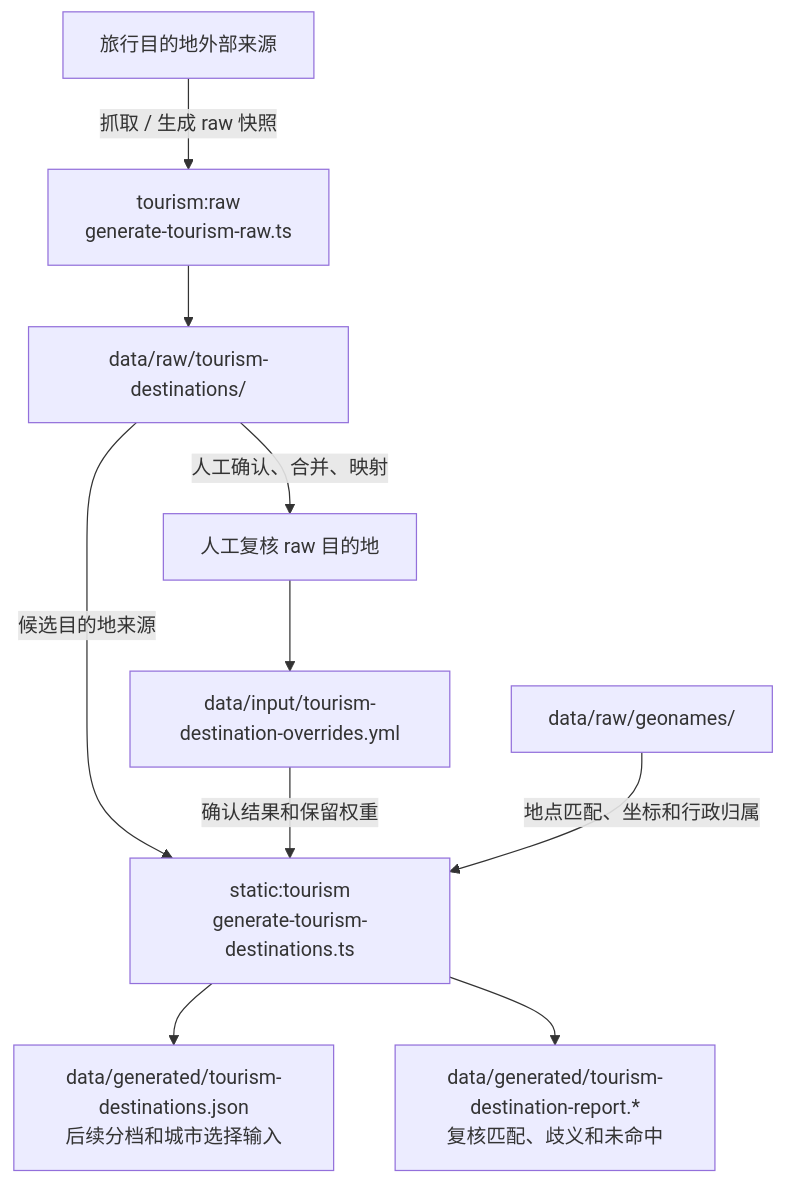
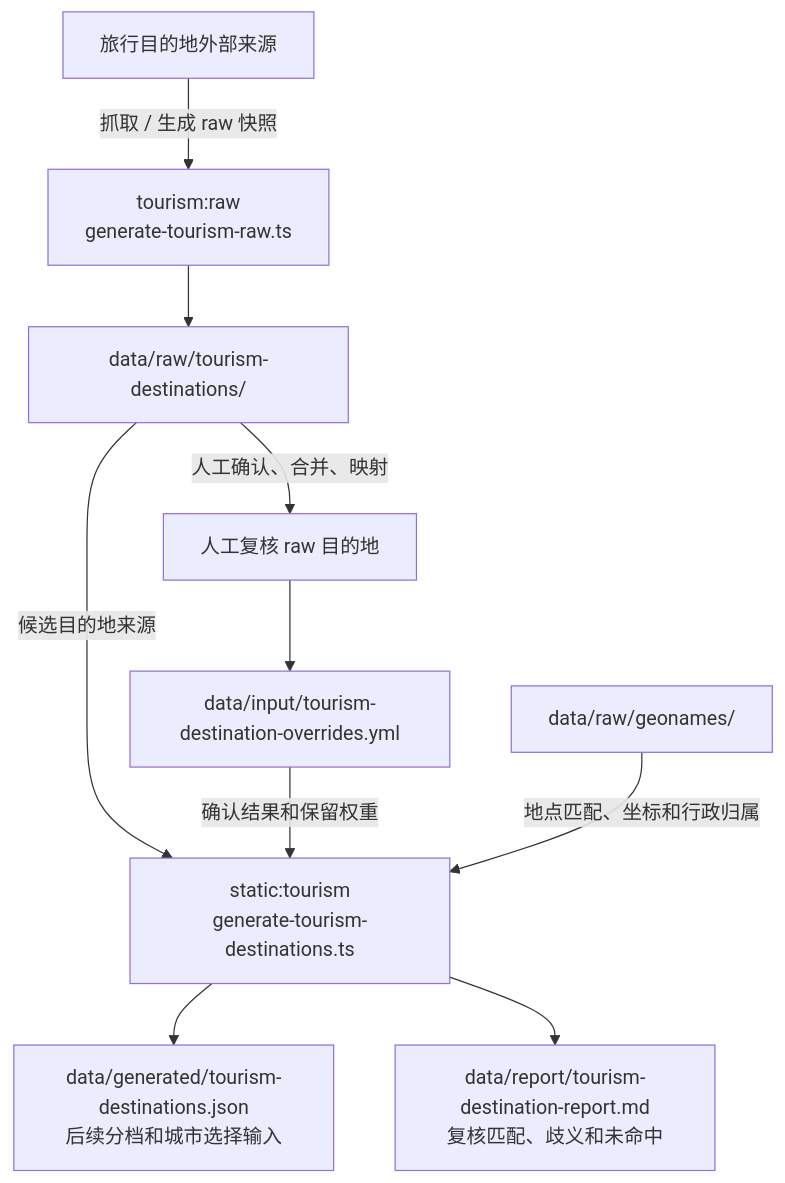
Before and after one commit to xiaomingio/weather-trip: the second of 6 diagrams in docs/specs/31-data-flow.md, drawn with Mermaid. The commit also changed other lines of this file and 29 other files, not shown here.

Commit message:
chore: move data reports out of generated

````diff
--- a/docs/specs/31-data-flow.md
+++ b/docs/specs/31-data-flow.md
@@ -131,20 +131,20 @@
 ```mermaid
 flowchart TB
   externalTourism["旅行目的地外部来源"]
   generateTourismRaw["tourism:raw<br/>generate-tourism-raw.ts"]
   rawTourism["data/raw/tourism-destinations/"]
   tourismReview["人工复核 raw 目的地"]
   tourismInput["data/input/tourism-destination-overrides.yml"]
   rawGeonames["data/raw/geonames/"]
   generateTourism["static:tourism<br/>generate-tourism-destinations.ts"]
   tourismData["data/generated/tourism-destinations.json<br/>后续分档和城市选择输入"]
-  tourismReport["data/generated/tourism-destination-report.*<br/>复核匹配、歧义和未命中"]
+  tourismReport["data/report/tourism-destination-report.md<br/>复核匹配、歧义和未命中"]
 
   externalTourism -->|抓取 / 生成 raw 快照| generateTourismRaw --> rawTourism
   rawTourism -->|人工确认、合并、映射| tourismReview --> tourismInput
   rawTourism -->|候选目的地来源| generateTourism
   tourismInput -->|确认结果和保留权重| generateTourism
   rawGeonames -->|地点匹配、坐标和行政归属| generateTourism
   generateTourism --> tourismData
   generateTourism --> tourismReport
 ```
````
